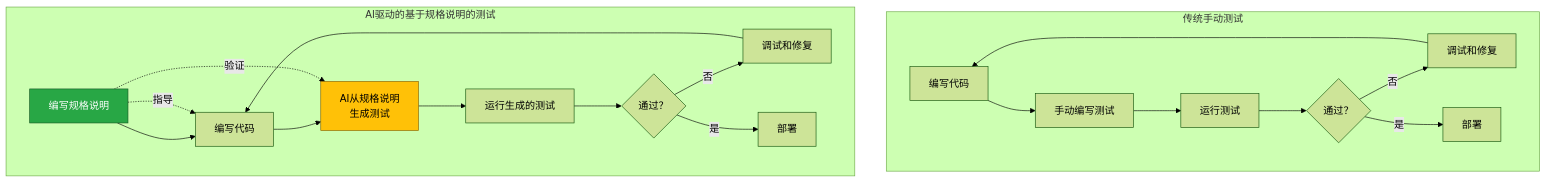
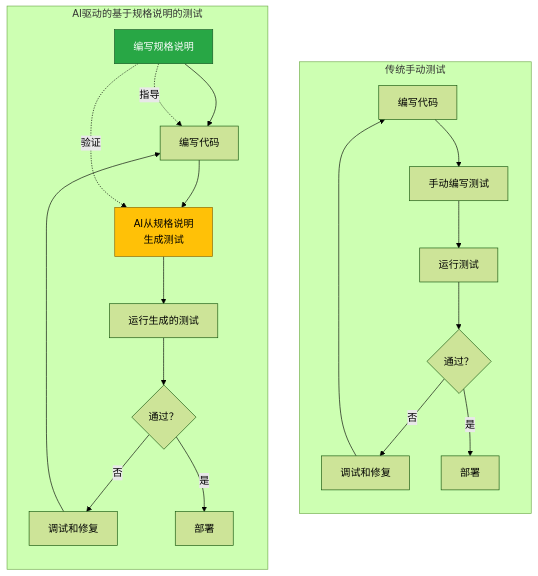
The third of 3 diagrams in i18n/zh/docusaurus-plugin-content-blog/2025-10-02-rices-theorem-why-automated-testing-will-fail.mdx (tikazyq/marvinzhang.dev), drawn with Mermaid (forest theme) before and after one commit. The commit also changed 1 other file, not shown here.

Commit message:
Refactor mermaid diagram syntax for clarity in testing comparison

````diff
--- a/i18n/zh/docusaurus-plugin-content-blog/2025-10-02-rices-theorem-why-automated-testing-will-fail.mdx
+++ b/i18n/zh/docusaurus-plugin-content-blog/2025-10-02-rices-theorem-why-automated-testing-will-fail.mdx
@@ -258,26 +258,28 @@
 ```mermaid
-graph TB
-    subgraph "传统手动测试"
+graph TD
+    subgraph Manual["传统手动测试"]
+        direction TB
         A1[编写代码] --> A2[手动编写测试]
         A2 --> A3[运行测试]
         A3 --> A4{通过？}
         A4 -->|否| A5[调试和修复]
         A5 --> A1
         A4 -->|是| A6[部署]
     end
     
-    subgraph "AI驱动的基于规格说明的测试"
+    subgraph AISpec["AI驱动的基于规格说明的测试"]
+        direction TB
         B1[编写规格说明] --> B2[编写代码]
         B2 --> B3[AI从规格说明<br/>生成测试]
         B3 --> B4[运行生成的测试]
         B4 --> B5{通过？}
         B5 -->|否| B6[调试和修复]
         B6 --> B2
         B5 -->|是| B7[部署]
         B1 -.->|指导| B2
         B1 -.->|验证| B3
     end
     
     style B1 fill:#28a745,stroke:#155724,color:#fff
     style B3 fill:#ffc107,stroke:#856404,color:#000
 ```
````
